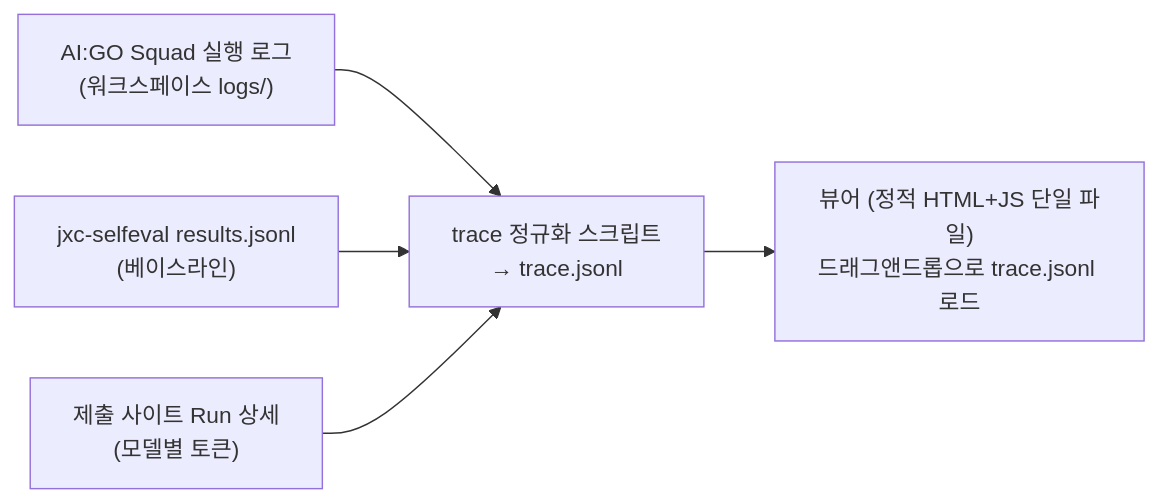
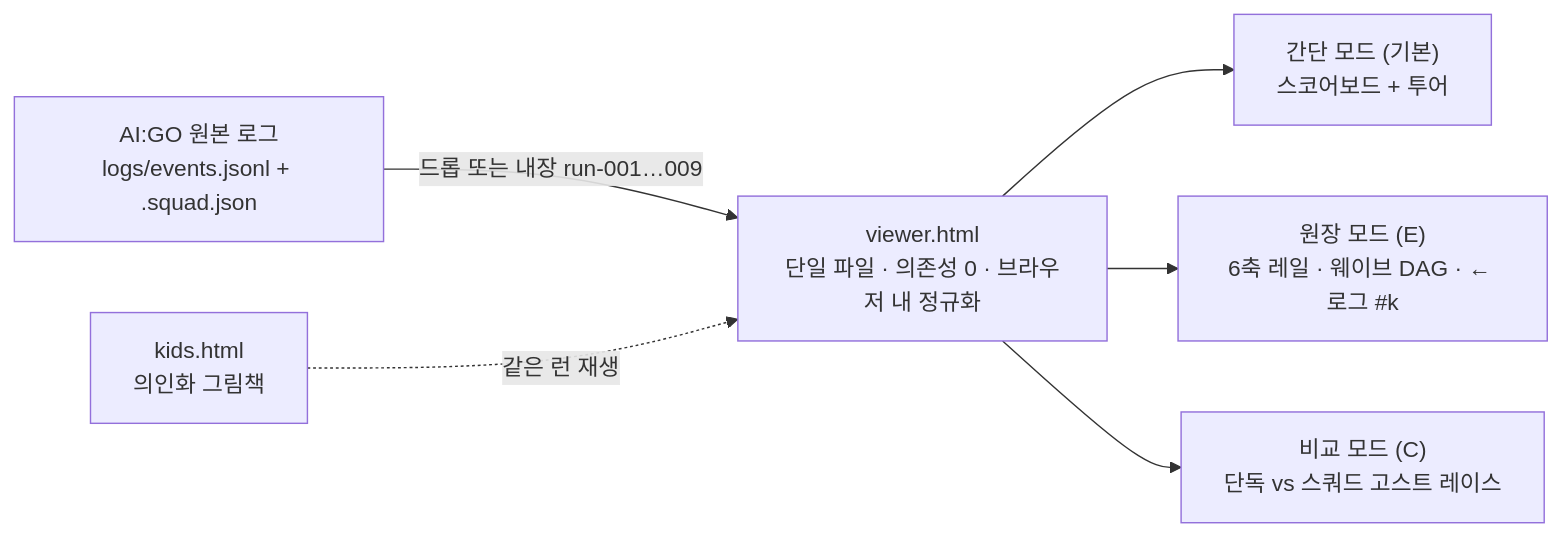
One commit to jsonpassion/cp changed the diagram in content/track-viz.md. Above: the diagram before and after it, drawn with Mermaid. The commit also changed other lines of this file and 32 other files, not shown here.

````diff
--- a/content/track-viz.md
+++ b/content/track-viz.md
@@ -49,7 +9,8 @@
 ```mermaid
 flowchart LR
-    A["AI:GO Squad 실행 로그<br/>(워크스페이스 logs/)"] --> S["trace 정규화 스크립트<br/>→ trace.jsonl"]
-    B["jxc-selfeval results.jsonl<br/>(베이스라인)"] --> S
-    C["제출 사이트 Run 상세<br/>(모델별 토큰)"] --> S
-    S --> V["뷰어 (정적 HTML+JS 단일 파일)<br/>드래그앤드롭으로 trace.jsonl 로드"]
+    L["AI:GO 원본 로그<br/>logs/events.jsonl + .squad.json"] -->|"드롭 또는 내장 run-001…009"| V["viewer.html<br/>단일 파일 · 의존성 0 · 브라우저 내 정규화"]
+    V --> S["간단 모드 (기본)<br/>스코어보드 + 투어"]
+    V --> E["원장 모드 (E)<br/>6축 레일 · 웨이브 DAG · ← 로그 #k"]
+    V --> C["비교 모드 (C)<br/>단독 vs 스쿼드 고스트 레이스"]
+    K["kids.html<br/>의인화 그림책"] -.->|"같은 런 재생"| V
 ```
````
